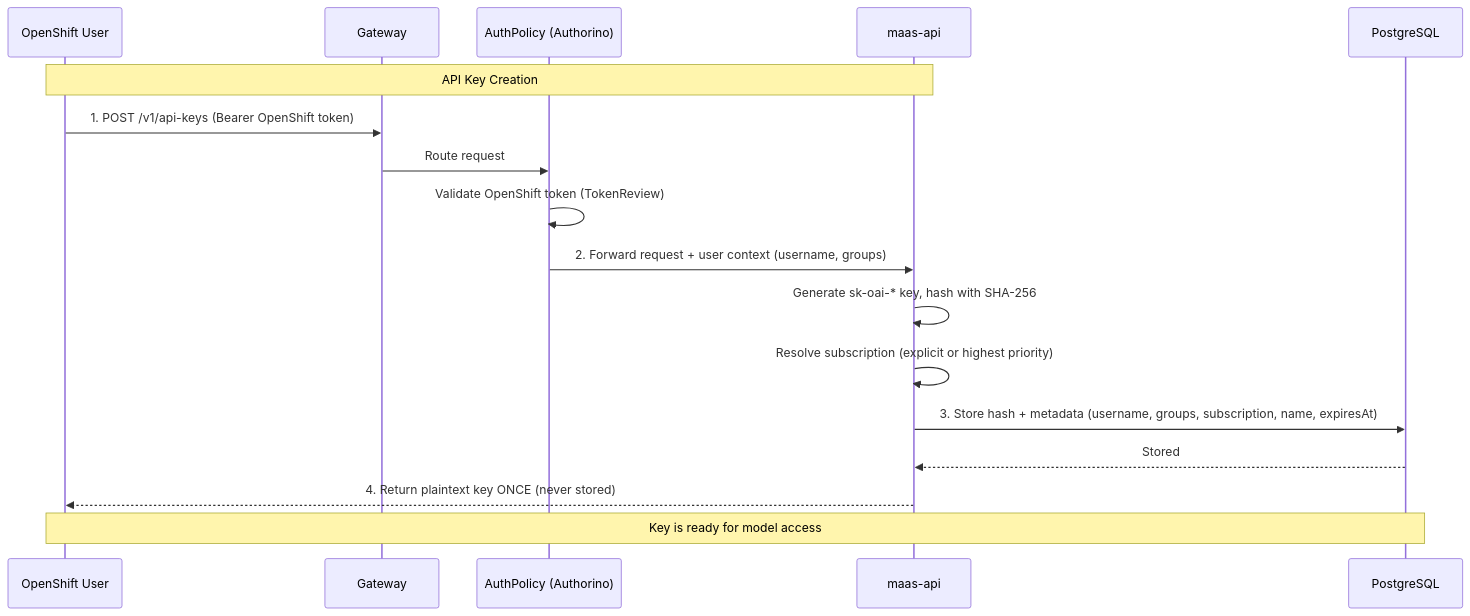
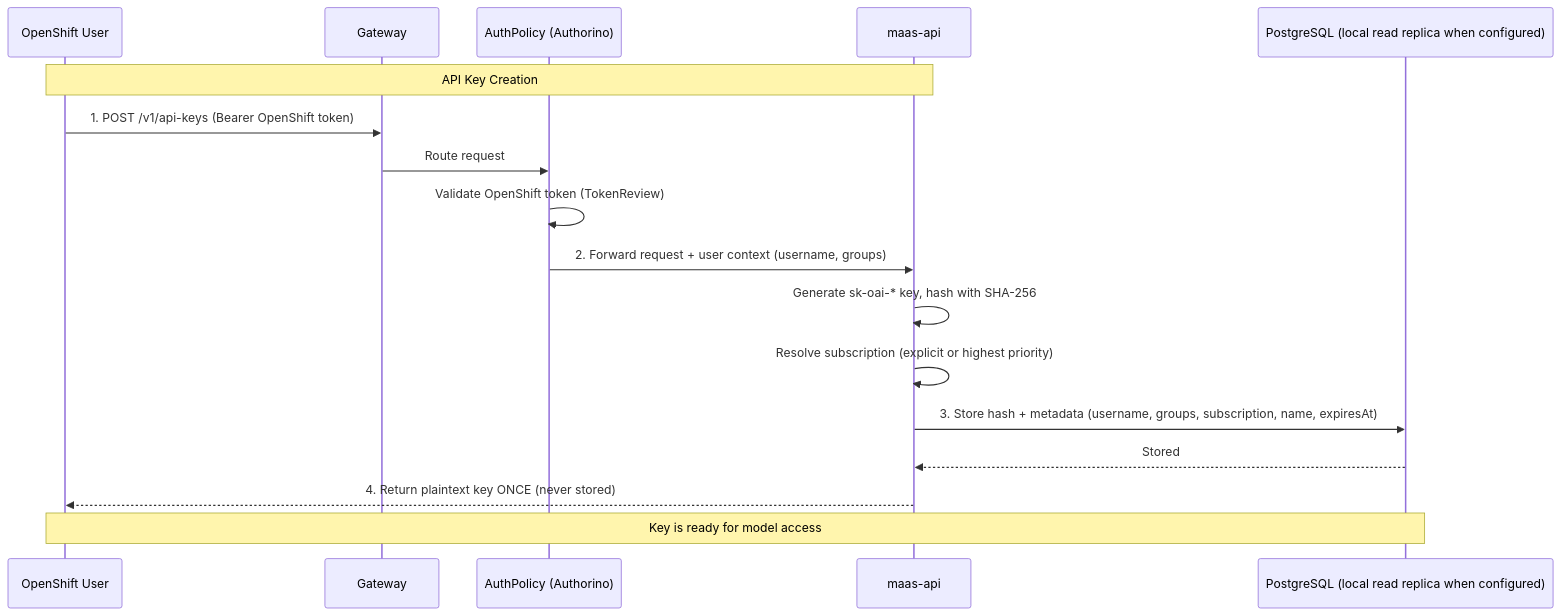
The first of 2 diagrams in docs/content/concepts/api-key-authentication.md (opendatahub-io/models-as-a-service), drawn with Mermaid before and after one commit. The commit also changed other lines of this file and 17 other files, not shown here.

````diff
--- a/docs/content/concepts/api-key-authentication.md
+++ b/docs/content/concepts/api-key-authentication.md
@@ -40,21 +40,21 @@
 ```mermaid
 sequenceDiagram
     participant User as OpenShift User
     participant Gateway
     participant AuthPolicy as AuthPolicy (Authorino)
     participant MaaS as maas-api
-    participant DB as PostgreSQL
+    participant DB as PostgreSQL (local read replica when configured)
 
     Note over User,MaaS: API Key Creation
     User->>Gateway: 1. POST /v1/api-keys (Bearer OpenShift token)
     Gateway->>AuthPolicy: Route request
     AuthPolicy->>AuthPolicy: Validate OpenShift token (TokenReview)
     AuthPolicy->>MaaS: 2. Forward request + user context (username, groups)
     MaaS->>MaaS: Generate sk-oai-* key, hash with SHA-256
     MaaS->>MaaS: Resolve subscription (explicit or highest priority)
     MaaS->>DB: 3. Store hash + metadata (username, groups, subscription, name, expiresAt)
     DB-->>MaaS: Stored
     MaaS-->>User: 4. Return plaintext key ONCE (never stored)
 
     Note over User,DB: Key is ready for model access
 ```
````
